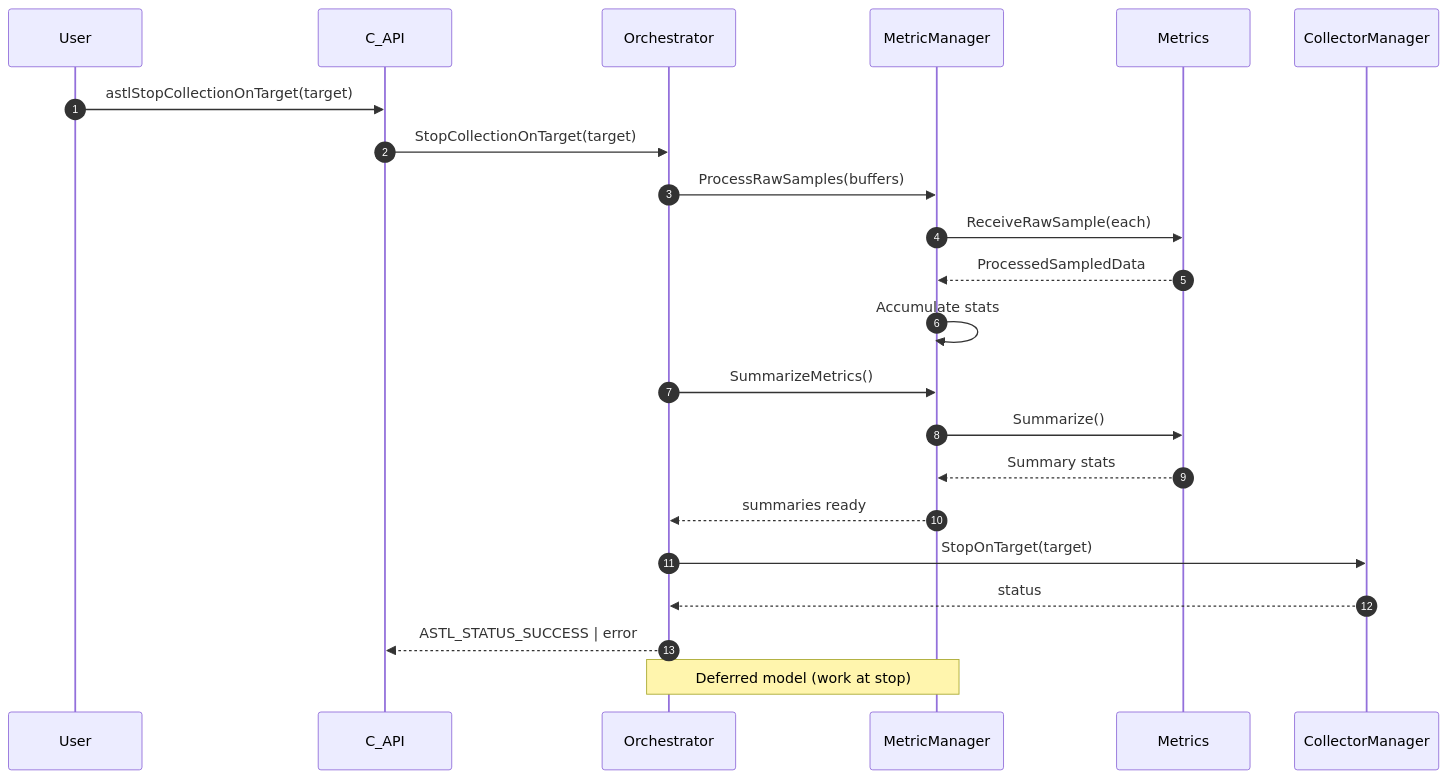
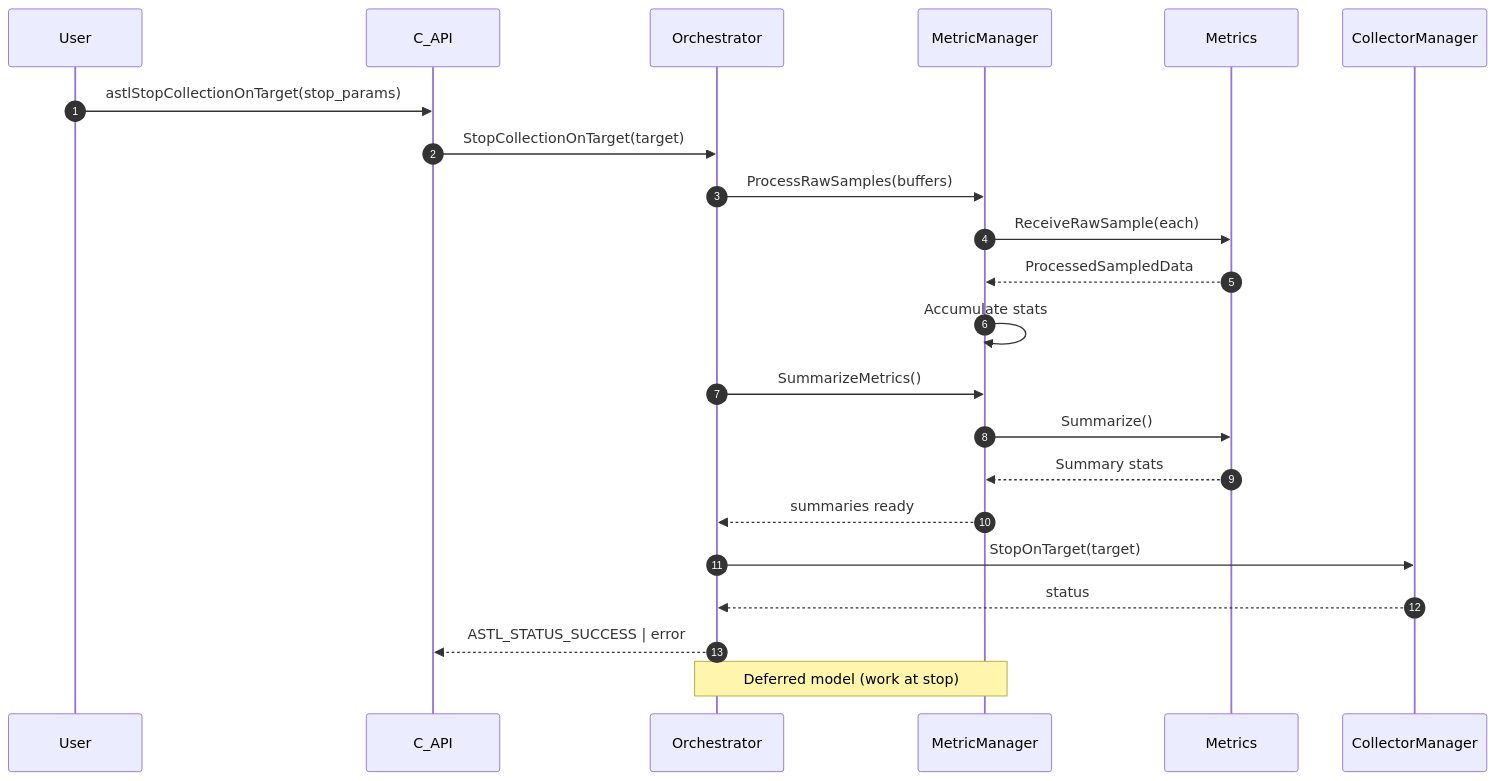
The diagram in doc/design/system_phase_stop_processing.mmd (arm/ASTL), drawn with Mermaid before and after one commit. The commit also changed 94 other files, not shown here.

First line of the commit message:
[ASTL-339] Use one parameter struct per function in astl_telemetry.h c-api interface (#381)

```diff
--- a/doc/design/system_phase_stop_processing.mmd
+++ b/doc/design/system_phase_stop_processing.mmd
@@ -1,29 +1,29 @@
 %% SPDX-FileCopyrightText: 2026 Arm Limited and/or its affiliates <open-source-office@arm.com>
 %%
 %% SPDX-License-Identifier: Apache-2.0
 
 %% System Phase: Stop & Deferred Processing
 %% Focus: stop, processing raw→processed, summarization
 sequenceDiagram
     autonumber
     participant User
     participant API as C_API
     participant Orchestrator
     participant MetricManager as MetricManager
     participant Metrics
     participant CollectorManager as CollectorManager
 
-    User->>API: astlStopCollectionOnTarget(target)
+    User->>API: astlStopCollectionOnTarget(stop_params)
     API->>Orchestrator: StopCollectionOnTarget(target)
     Orchestrator->>MetricManager: ProcessRawSamples(buffers)
     MetricManager->>Metrics: ReceiveRawSample(each)
     Metrics-->>MetricManager: ProcessedSampledData
     MetricManager->>MetricManager: Accumulate stats
     Orchestrator->>MetricManager: SummarizeMetrics()
     MetricManager->>Metrics: Summarize()
     Metrics-->>MetricManager: Summary stats
     MetricManager-->>Orchestrator: summaries ready
     Orchestrator->>CollectorManager: StopOnTarget(target)
     CollectorManager-->>Orchestrator: status
     Orchestrator-->>API: ASTL_STATUS_SUCCESS | error
     note over Orchestrator,MetricManager: Deferred model (work at stop)
```
